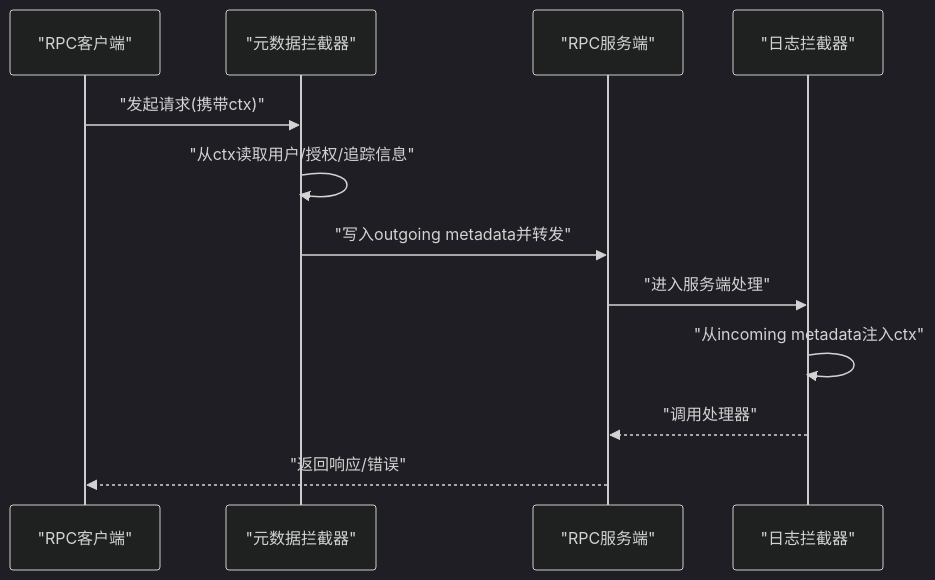
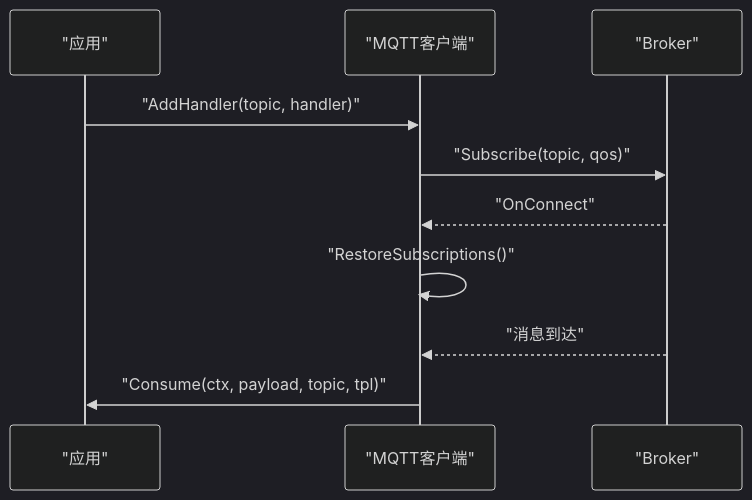
The fifth of 9 diagrams in .qoder/repowiki/zh/content/公共组件库/公共组件库.md (maomao94/zero-service), drawn with Mermaid (dark theme) before and after one commit. The commit also changed other lines of this file and 362 other files, not shown here.

````diff
--- a/.qoder/repowiki/zh/content/公共组件库/公共组件库.md
+++ b/.qoder/repowiki/zh/content/公共组件库/公共组件库.md
@@ -416,14 +276,12 @@
 ```mermaid
 sequenceDiagram
-participant CLI as "RPC客户端"
-participant INT as "元数据拦截器"
-participant SRV as "RPC服务端"
-participant LOG as "日志拦截器"
-CLI->>INT : "发起请求(携带ctx)"
-INT->>INT : "从ctx读取用户/授权/追踪信息"
-INT->>SRV : "写入outgoing metadata并转发"
-SRV->>LOG : "进入服务端处理"
-LOG->>LOG : "从incoming metadata注入ctx"
-LOG-->>SRV : "调用处理器"
-SRV-->>CLI : "返回响应/错误"
+participant APP as "应用"
+participant CLI as "MQTT客户端"
+participant BROKER as "Broker"
+APP->>CLI : "AddHandler(topic, handler)"
+CLI->>BROKER : "Subscribe(topic, qos)"
+BROKER-->>CLI : "OnConnect"
+CLI->>CLI : "RestoreSubscriptions()"
+BROKER-->>CLI : "消息到达"
+CLI->>APP : "Consume(ctx, payload, topic, tpl)"
 ```
````
